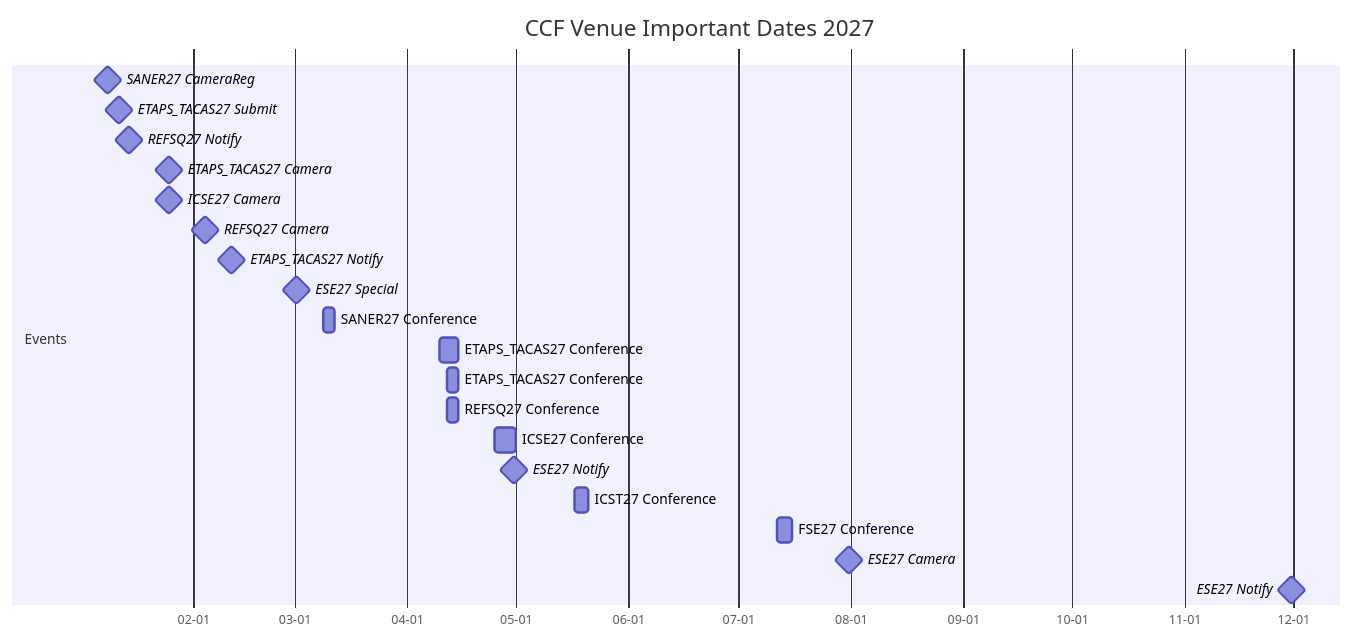
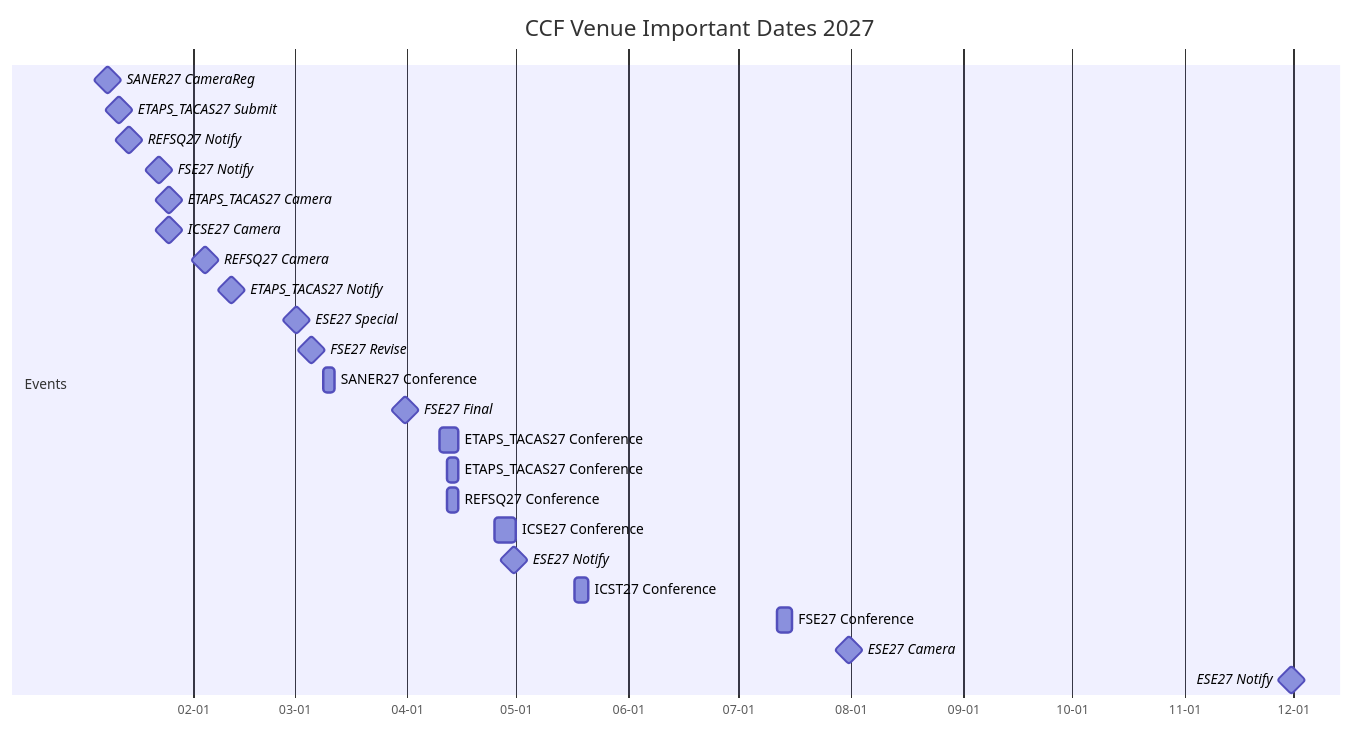
Before and after one commit to HansBug/research_ideas: the second of 25 diagrams in ccf_venues/TIMELINE.md, drawn with Mermaid. The commit also changed other lines of this file and 21 other files, not shown here.

````diff
--- a/ccf_venues/TIMELINE.md
+++ b/ccf_venues/TIMELINE.md
@@ -155,26 +159,29 @@
 ```mermaid
 gantt
   title CCF Venue Important Dates 2027
   dateFormat YYYY-MM-DD
   axisFormat %m-%d
 
   section Events
   SANER27 CameraReg :milestone, saner_27_1_20270108, 2027-01-08, 1d
   ETAPS_TACAS27 Submit :milestone, etaps_tacas_27_2_20270111, 2027-01-11, 1d
   REFSQ27 Notify :milestone, refsq_27_3_20270114, 2027-01-14, 1d
+  FSE27 Notify :milestone, fse_27_notify_20270122, 2027-01-22, 1d
   ETAPS_TACAS27 Camera :milestone, etaps_tacas_27_4_20270125, 2027-01-25, 1d
   ICSE27 Camera :milestone, icse_27_5_20270125, 2027-01-25, 1d
   REFSQ27 Camera :milestone, refsq_27_6_20270204, 2027-02-04, 1d
   ETAPS_TACAS27 Notify :milestone, etaps_tacas_27_7_20270211, 2027-02-11, 1d
   ESE27 Special :milestone, ese_27_8_20270301, 2027-03-01, 1d
+  FSE27 Revise :milestone, fse_27_revise_20270305, 2027-03-05, 1d
   SANER27 Conference :saner_27_9_20270309, 2027-03-09, 2027-03-12
+  FSE27 Final :milestone, fse_27_final_20270331, 2027-03-31, 1d
   ETAPS_TACAS27 Conference :etaps_tacas_27_10_20270410, 2027-04-10, 2027-04-15
   ETAPS_TACAS27 Conference :etaps_tacas_27_11_20270412, 2027-04-12, 2027-04-15
   REFSQ27 Conference :refsq_27_12_20270412, 2027-04-12, 2027-04-15
   ICSE27 Conference :icse_27_13_20270425, 2027-04-25, 2027-05-01
   ESE27 Notify :milestone, ese_27_14_20270430, 2027-04-30, 1d
   ICST27 Conference :icst_27_15_20270517, 2027-05-17, 2027-05-21
   FSE27 Conference :fse_27_16_20270712, 2027-07-12, 2027-07-16
   ESE27 Camera :milestone, ese_27_17_20270731, 2027-07-31, 1d
   ESE27 Notify :milestone, ese_27_18_20271130, 2027-11-30, 1d
 ```
````
